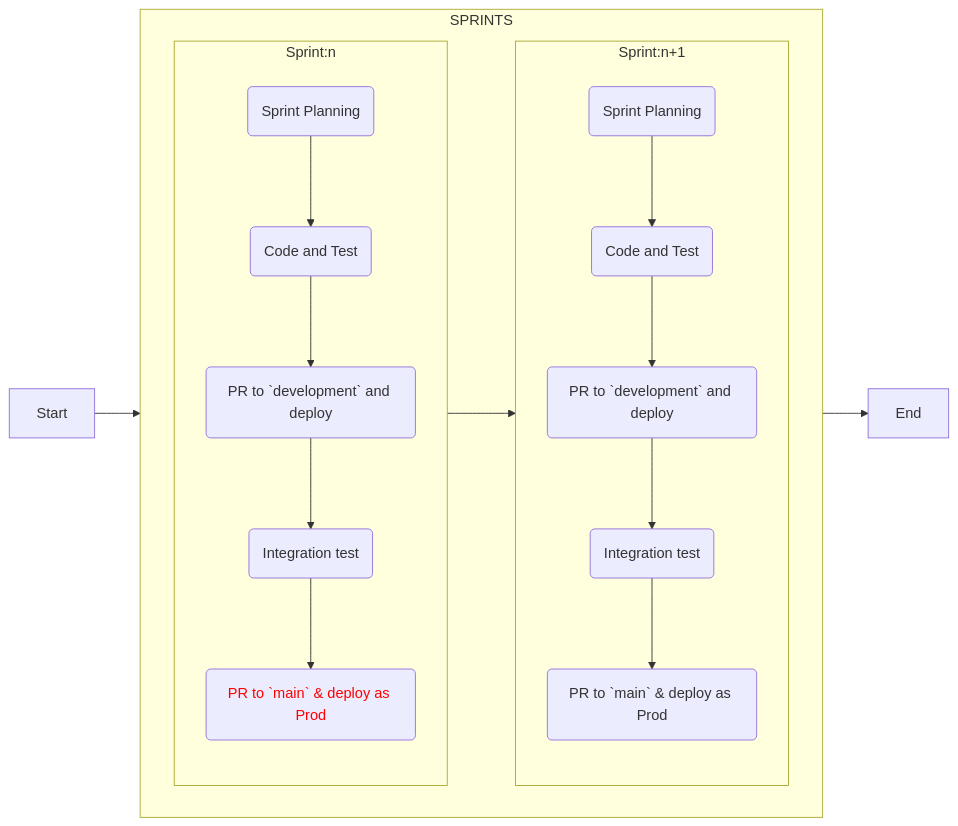
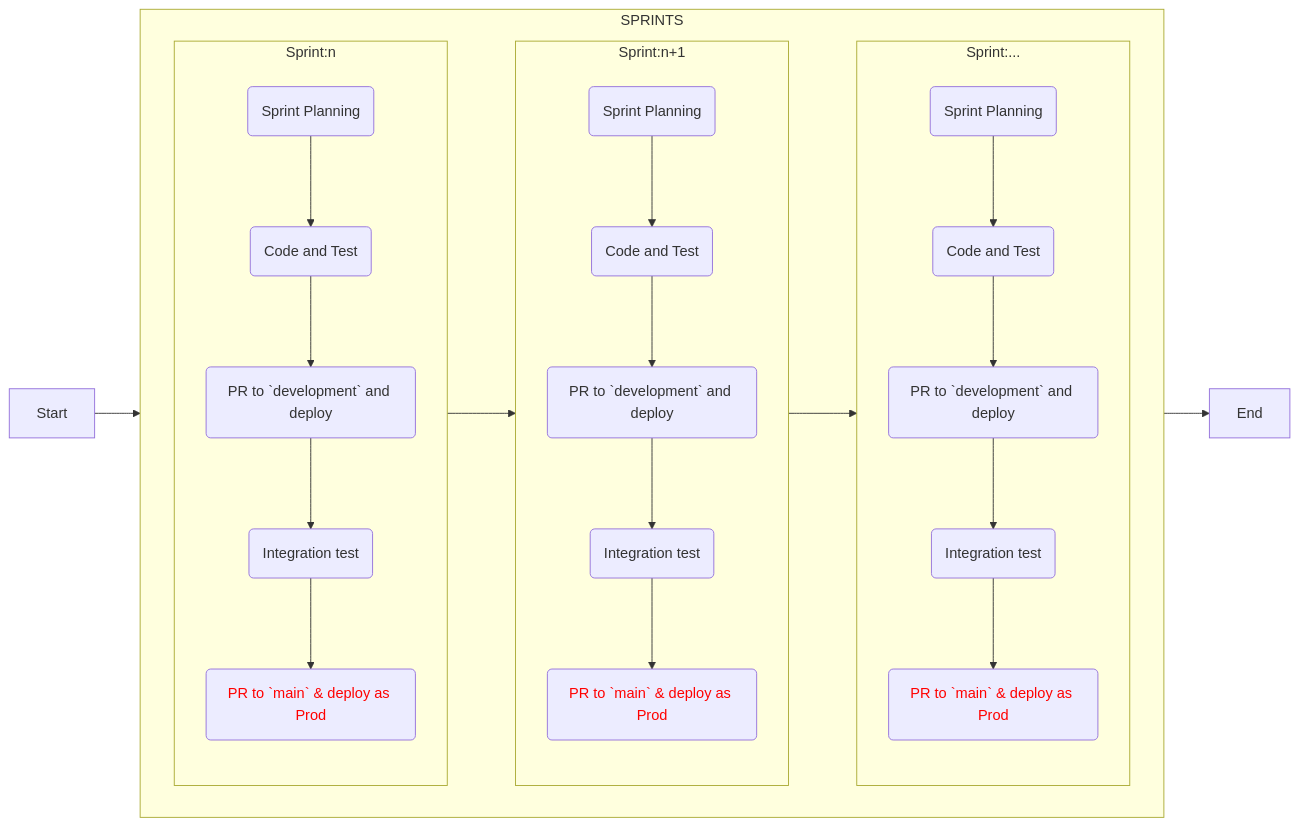
One commit to chingu-voyages/Handbook changed the diagram in docs/resources/techresources/appdeployment.md. Above: the diagram before and after it, drawn with Mermaid.

Commit message:
Feature: Add deployement workflow diagram

````diff
--- a/docs/resources/techresources/appdeployment.md
+++ b/docs/resources/techresources/appdeployment.md
@@ -87,23 +87,33 @@
 ```mermaid
   flowchart LR
     subgraph SPRINTS
       direction LR
       subgraph Sprint:n
         direction TB
           s1a("Sprint Planning") --> s1b("Code and Test")
           s1b --> s1c("PR to `development` and deploy")
           s1c --> s1d("Integration test")
           s1d --> s1e("PR to `main` & deploy as Prod")
-          style s1e color:#F00
+          style s1e color:#f00
       end
       subgraph Sprint:n+1
         direction TB
           s2a("Sprint Planning") --> s2b("Code and Test")
           s2b --> s2c("PR to `development` and deploy")
           s2c --> s2d("Integration test")
           s2d --> s2e("PR to `main` & deploy as Prod")
+          style s2e color:#f00
+      end
+      subgraph Sprint:...
+        direction TB
+          s3a("Sprint Planning") --> s3b("Code and Test")
+          s3b --> s3c("PR to `development` and deploy")
+          s3c --> s3d("Integration test")
+          s3d --> s3e("PR to `main` & deploy as Prod")
+          style s3e color:#f00
       end
       Sprint:n --> Sprint:n+1
+      Sprint:n+1 --> Sprint:...
     end
   Start --> SPRINTS --> End
 ```
````
